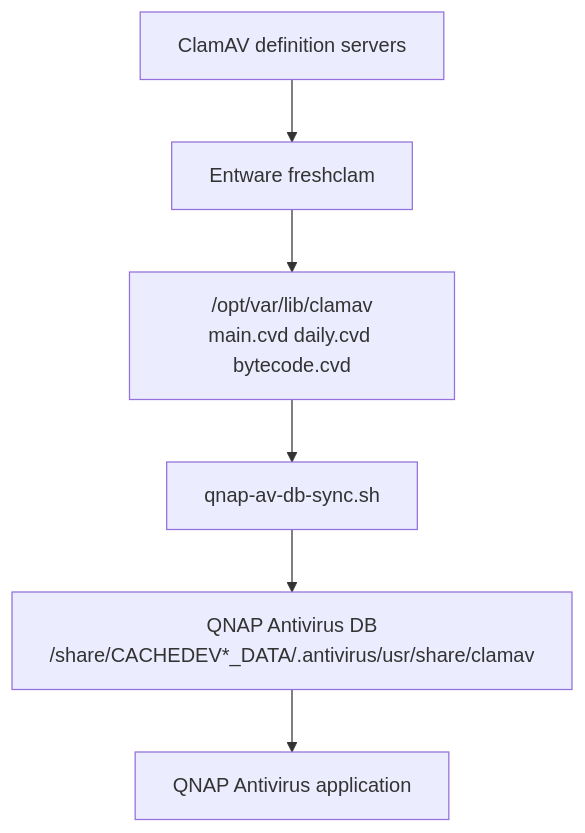
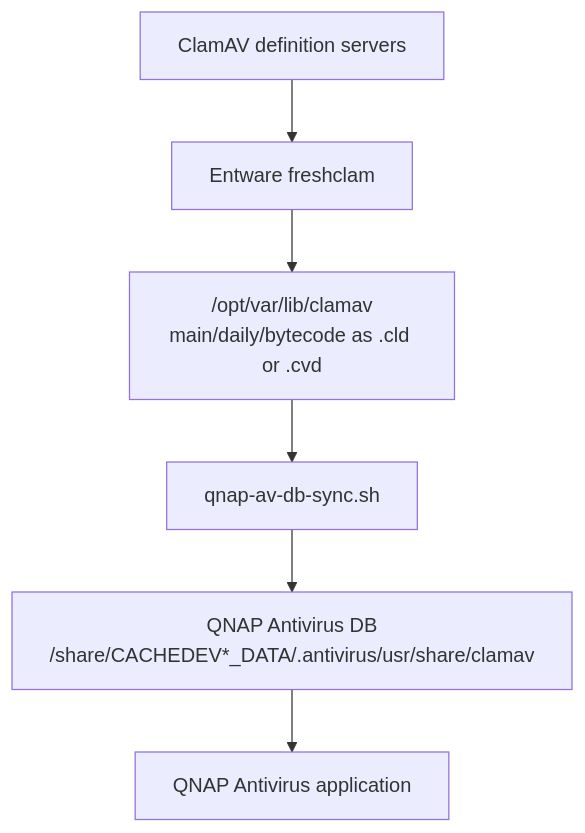
Before and after one commit to bluefate/qnap-legacy-clamav-updater: the diagram in docs/how-it-works.md, drawn with Mermaid. The commit also changed other lines of this file and 5 other files, not shown here.

````diff
--- a/docs/how-it-works.md
+++ b/docs/how-it-works.md
@@ -25,8 +25,8 @@
 ```mermaid
 flowchart TD
     A[ClamAV definition servers] --> B[Entware freshclam]
-    B --> C["/opt/var/lib/clamav<br/>main.cvd daily.cvd bytecode.cvd"]
+    B --> C["/opt/var/lib/clamav<br/>main/daily/bytecode as .cld or .cvd"]
     C --> D[qnap-av-db-sync.sh]
     D --> E["QNAP Antivirus DB<br/>/share/CACHEDEV*_DATA/.antivirus/usr/share/clamav"]
     E --> F[QNAP Antivirus application]
 ```
````
